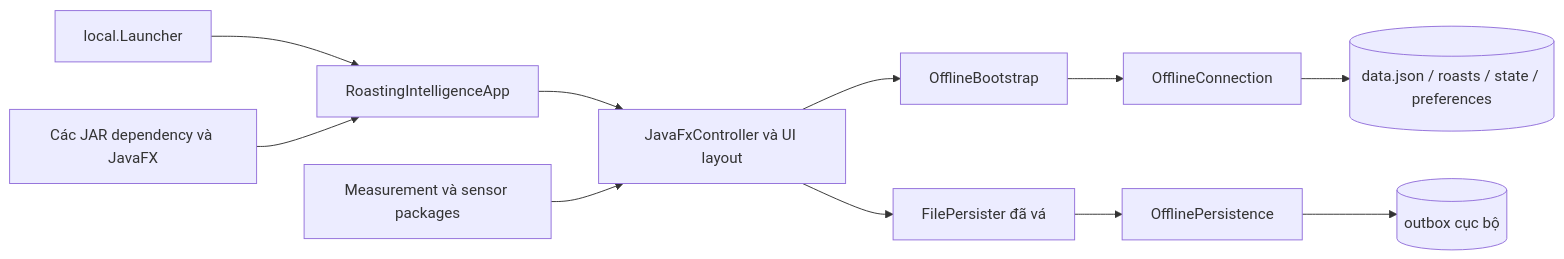
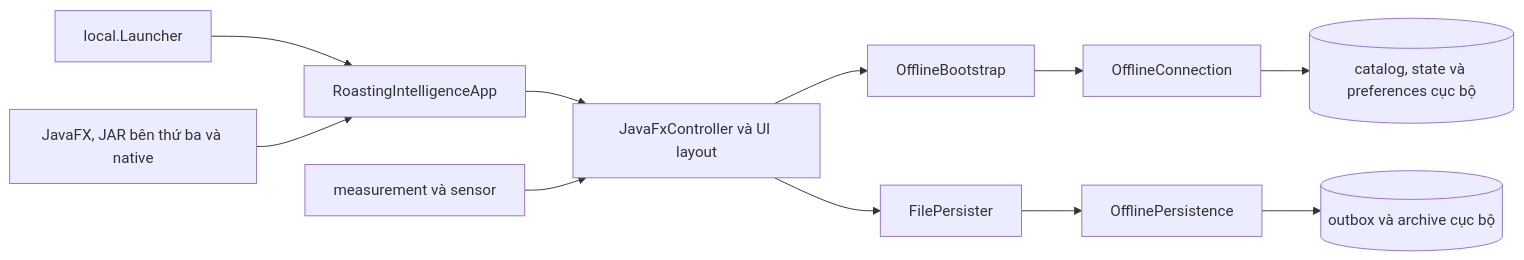
One commit to TCL-DA/roastMane changed the first of 2 diagrams in docs/ARCHITECTURE.md. Above: the diagram before and after it, drawn with Mermaid. The commit also changed other lines of this file and 988 other files, not shown here.

````diff
--- a/docs/ARCHITECTURE.md
+++ b/docs/ARCHITECTURE.md
@@ -5,13 +5,13 @@
 ```mermaid
 flowchart LR
     L[local.Launcher] --> A[RoastingIntelligenceApp]
     A --> U[JavaFxController và UI layout]
     U --> B[OfflineBootstrap]
     B --> C[OfflineConnection]
-    U --> P[FilePersister đã vá]
+    U --> P[FilePersister]
     P --> OP[OfflinePersistence]
-    C --> D[(data.json / roasts / state / preferences)]
-    OP --> O[(outbox cục bộ)]
-    M[Measurement và sensor packages] --> U
-    J[Các JAR dependency và JavaFX] --> A
+    C --> D[(catalog, state và preferences cục bộ)]
+    OP --> O[(outbox và archive cục bộ)]
+    M[measurement và sensor] --> U
+    J[JavaFX, JAR bên thứ ba và native] --> A
 ```
````
